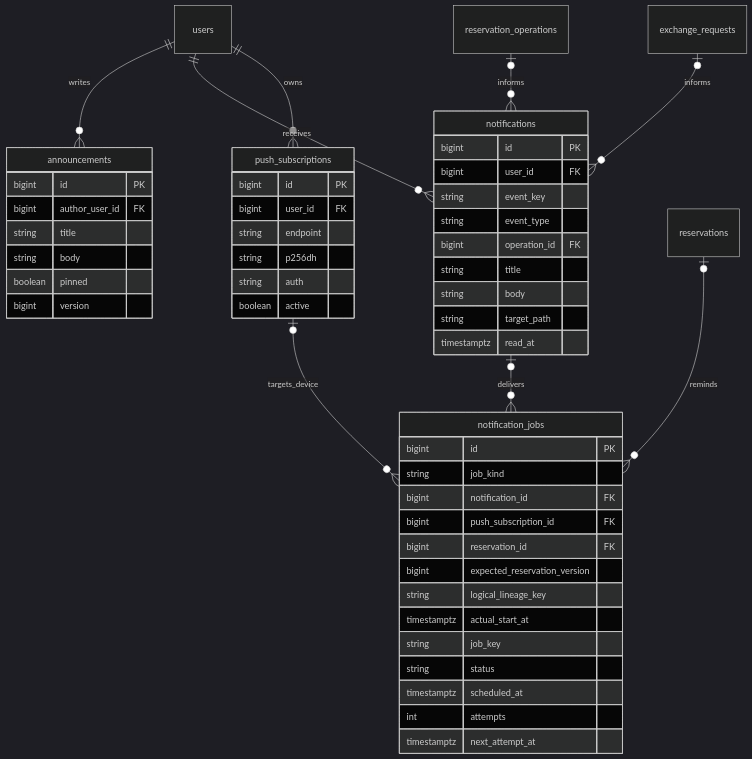
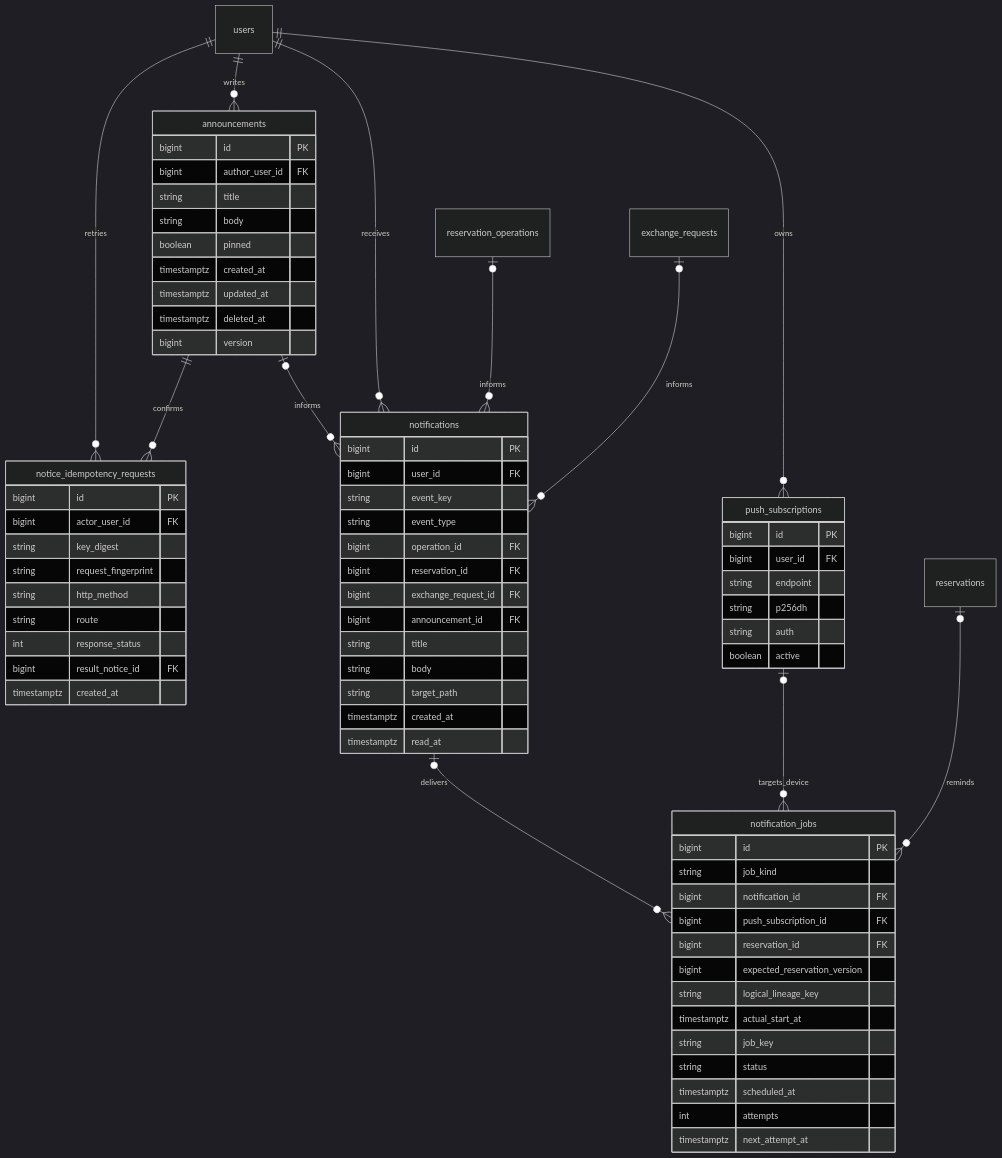
Before and after one commit to developer-sw/jeongeum-band-scheduler: the third of 3 diagrams in docs/ERD.md, drawn with Mermaid (dark theme). The commit also changed other lines of this file and 58 other files, not shown here.

````diff
--- a/docs/ERD.md
+++ b/docs/ERD.md
@@ -205,54 +207,75 @@
 ```mermaid
 erDiagram
     users ||--o{ announcements : writes
+    users ||--o{ notice_idempotency_requests : retries
+    announcements ||--o{ notice_idempotency_requests : confirms
+    announcements o|--o{ notifications : informs
     users ||--o{ notifications : receives
     users ||--o{ push_subscriptions : owns
     notifications o|--o{ notification_jobs : delivers
     push_subscriptions o|--o{ notification_jobs : targets_device
     reservation_operations o|--o{ notifications : informs
     reservations o|--o{ notification_jobs : reminds
     exchange_requests o|--o{ notifications : informs
 
     announcements {
         bigint id PK
         bigint author_user_id FK
         string title
         string body
         boolean pinned
+        timestamptz created_at
+        timestamptz updated_at
+        timestamptz deleted_at
         bigint version
+    }
+    notice_idempotency_requests {
+        bigint id PK
+        bigint actor_user_id FK
+        string key_digest
+        string request_fingerprint
+        string http_method
+        string route
+        int response_status
+        bigint result_notice_id FK
+        timestamptz created_at
     }
     notifications {
         bigint id PK
         bigint user_id FK
         string event_key
         string event_type
         bigint operation_id FK
+        bigint reservation_id FK
+        bigint exchange_request_id FK
+        bigint announcement_id FK
         string title
         string body
         string target_path
+        timestamptz created_at
         timestamptz read_at
     }
     notification_jobs {
         bigint id PK
         string job_kind
         bigint notification_id FK
         bigint push_subscription_id FK
         bigint reservation_id FK
         bigint expected_reservation_version
         string logical_lineage_key
         timestamptz actual_start_at
         string job_key
         string status
         timestamptz scheduled_at
         int attempts
         timestamptz next_attempt_at
     }
     push_subscriptions {
         bigint id PK
         bigint user_id FK
         string endpoint
         string p256dh
         string auth
         boolean active
     }
 ```
````
